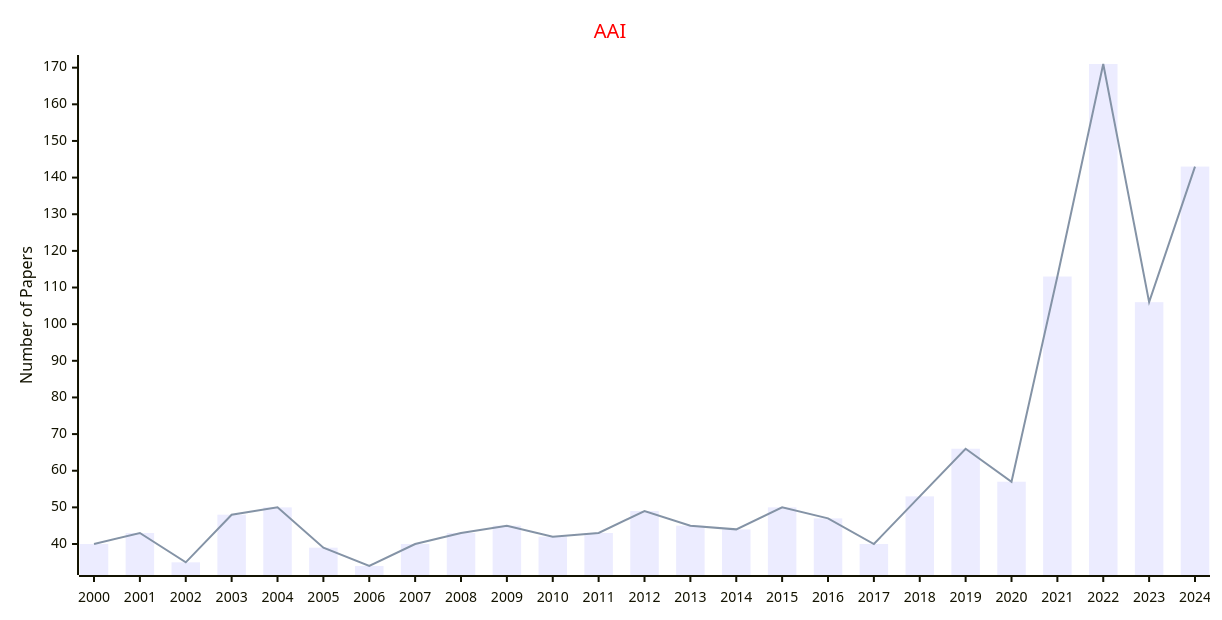
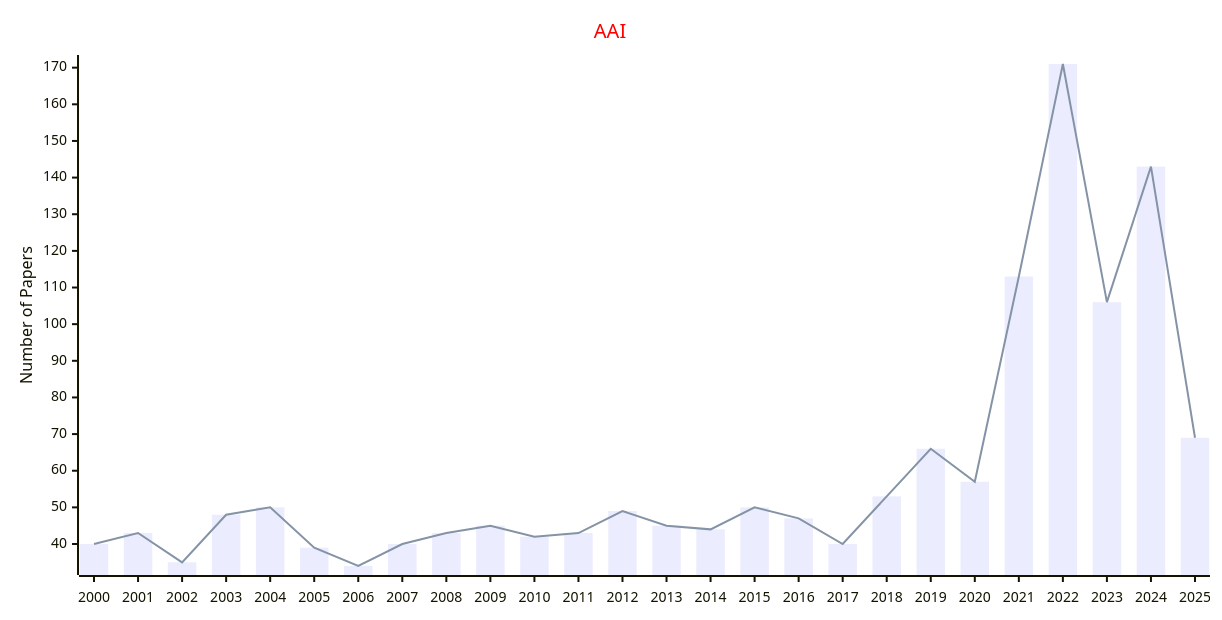
Before and after one commit to Easy-PhD/AILinks: diagram 17 of 27 in docs/data/Journals/Statistics_Journals/Artificial_Intelligence.md, drawn with Mermaid. The commit also changed other lines of this file and 93 other files, not shown here.

````diff
--- a/docs/data/Journals/Statistics_Journals/Artificial_Intelligence.md
+++ b/docs/data/Journals/Statistics_Journals/Artificial_Intelligence.md
@@ -393,17 +393,17 @@
 ```mermaid
 ---
 config:
     xyChart:
         width: 1200
         height: 600
     themeVariables:
         xyChart:
             titleColor: "#ff0000"
 ---
 xychart-beta
     title "AAI"
-    x-axis [2000, 2001, 2002, 2003, 2004, 2005, 2006, 2007, 2008, 2009, 2010, 2011, 2012, 2013, 2014, 2015, 2016, 2017, 2018, 2019, 2020, 2021, 2022, 2023, 2024]
+    x-axis [2000, 2001, 2002, 2003, 2004, 2005, 2006, 2007, 2008, 2009, 2010, 2011, 2012, 2013, 2014, 2015, 2016, 2017, 2018, 2019, 2020, 2021, 2022, 2023, 2024, 2025]
     y-axis "Number of Papers"
-    bar [40, 43, 35, 48, 50, 39, 34, 40, 43, 45, 42, 43, 49, 45, 44, 50, 47, 40, 53, 66, 57, 113, 171, 106, 143]
-    line [40, 43, 35, 48, 50, 39, 34, 40, 43, 45, 42, 43, 49, 45, 44, 50, 47, 40, 53, 66, 57, 113, 171, 106, 143]
+    bar [40, 43, 35, 48, 50, 39, 34, 40, 43, 45, 42, 43, 49, 45, 44, 50, 47, 40, 53, 66, 57, 113, 171, 106, 143, 69]
+    line [40, 43, 35, 48, 50, 39, 34, 40, 43, 45, 42, 43, 49, 45, 44, 50, 47, 40, 53, 66, 57, 113, 171, 106, 143, 69]
 ```
````
